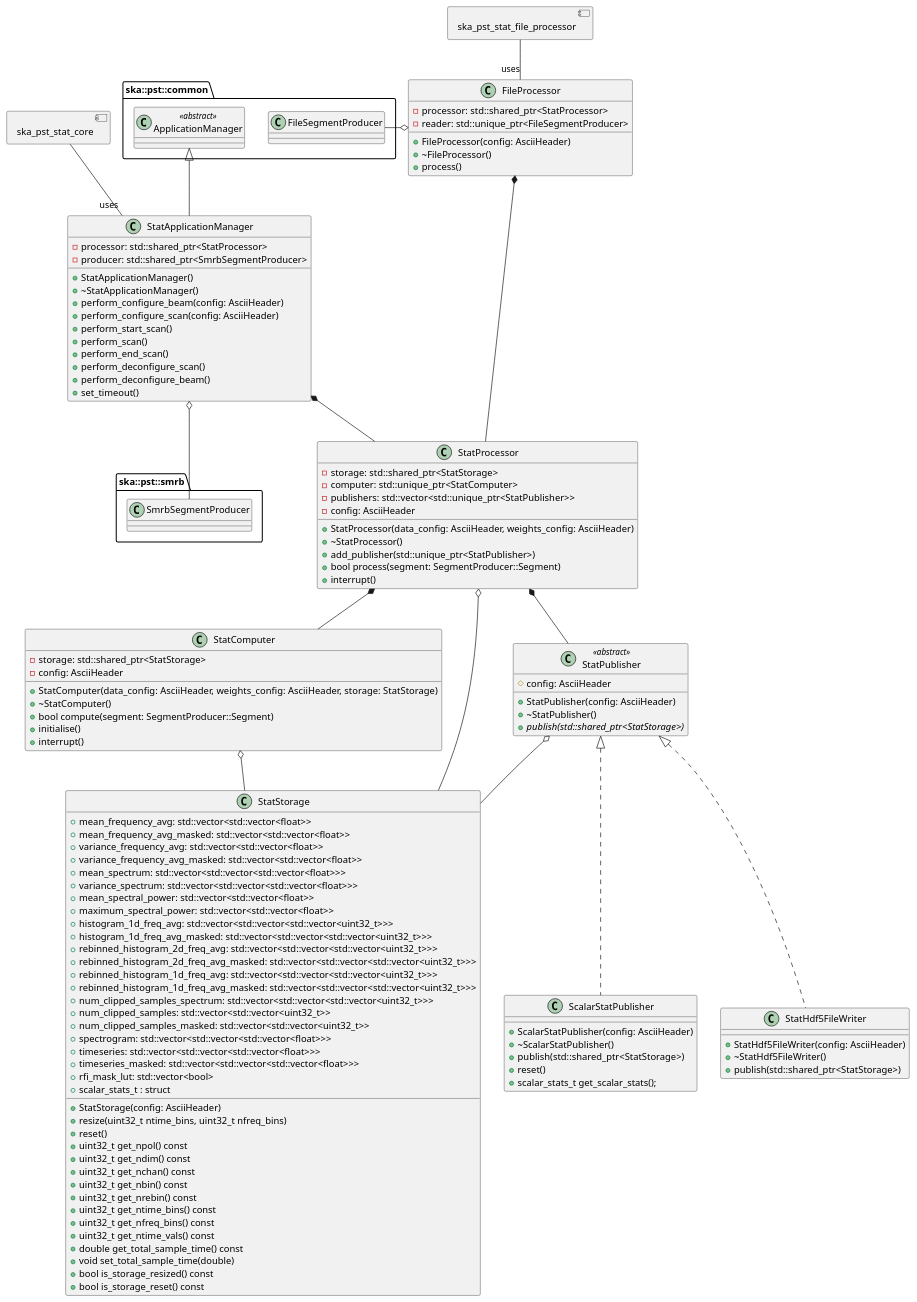
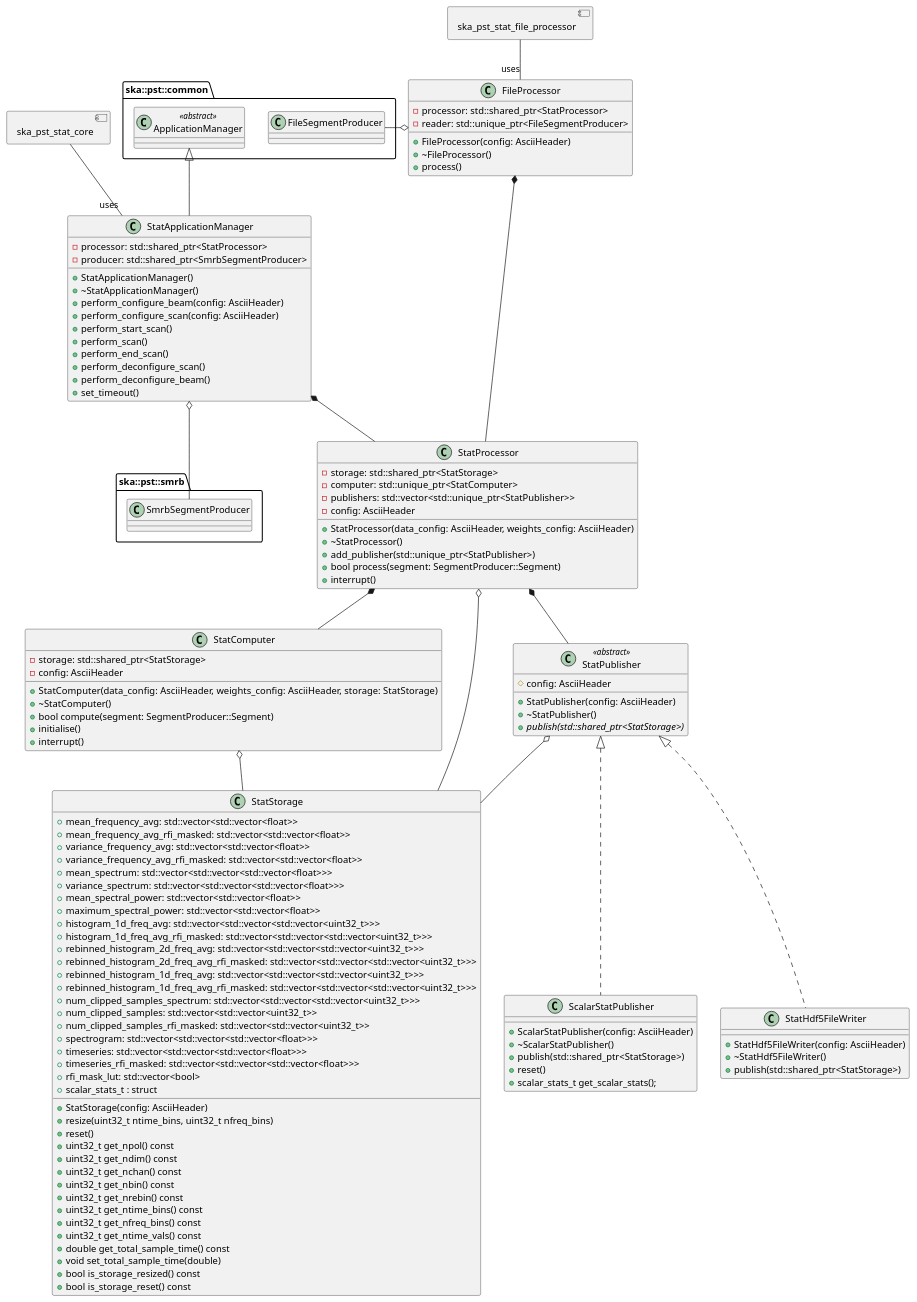
Before and after one commit to ska-telescope/ska-pst-stat: the diagram in docs/src/architecture/class_diagram.puml, drawn with PlantUML. The commit also changed 14 other files, not shown here.

Commit message:
AT3-556 rename masked to rfi_excised

```diff
--- a/docs/src/architecture/class_diagram.puml
+++ b/docs/src/architecture/class_diagram.puml
@@ -1,139 +1,139 @@
 @startuml PST Stat Class Diagram
 allow_mixing
 
 package ska::pst::common
 {
   class ApplicationManager <<abstract>>
   class FileSegmentProducer
 }
 
 package ska::pst::smrb
 {
   class SmrbSegmentProducer
 }
 
 class StatApplicationManager {
   + StatApplicationManager()
   + ~StatApplicationManager()
   + perform_configure_beam(config: AsciiHeader)
   + perform_configure_scan(config: AsciiHeader)
   + perform_start_scan()
   + perform_scan()
   + perform_end_scan()
   + perform_deconfigure_scan()
   + perform_deconfigure_beam()
   + set_timeout()
   - processor: std::shared_ptr<StatProcessor>
   - producer: std::shared_ptr<SmrbSegmentProducer>
 }
 
 class FileProcessor {
   + FileProcessor(config: AsciiHeader)
   + ~FileProcessor()
   + process()
   - processor: std::shared_ptr<StatProcessor>
   - reader: std::unique_ptr<FileSegmentProducer>
 }
 
 class StatProcessor {
   + StatProcessor(data_config: AsciiHeader, weights_config: AsciiHeader)
   + ~StatProcessor()
   + add_publisher(std::unique_ptr<StatPublisher>)
   + bool process(segment: SegmentProducer::Segment)
   + interrupt()
   - storage: std::shared_ptr<StatStorage>
   - computer: std::unique_ptr<StatComputer>
   - publishers: std::vector<std::unique_ptr<StatPublisher>>
   - config: AsciiHeader
 }
 
 class StatComputer {
   + StatComputer(data_config: AsciiHeader, weights_config: AsciiHeader, storage: StatStorage)
   + ~StatComputer()
   + bool compute(segment: SegmentProducer::Segment)
   + initialise()
   + interrupt()
   - storage: std::shared_ptr<StatStorage>
   - config: AsciiHeader
 }
 
 class StatStorage {
   + StatStorage(config: AsciiHeader)
   + resize(uint32_t ntime_bins, uint32_t nfreq_bins)
   + reset()
   + uint32_t get_npol() const
   + uint32_t get_ndim() const
   + uint32_t get_nchan() const
   + uint32_t get_nbin() const
   + uint32_t get_nrebin() const
   + uint32_t get_ntime_bins() const
   + uint32_t get_nfreq_bins() const
   + uint32_t get_ntime_vals() const
   + double get_total_sample_time() const
   + void set_total_sample_time(double)
   + bool is_storage_resized() const
   + bool is_storage_reset() const
   + mean_frequency_avg: std::vector<std::vector<float>>
-  + mean_frequency_avg_masked: std::vector<std::vector<float>>
+  + mean_frequency_avg_rfi_masked: std::vector<std::vector<float>>
   + variance_frequency_avg: std::vector<std::vector<float>>
-  + variance_frequency_avg_masked: std::vector<std::vector<float>>
+  + variance_frequency_avg_rfi_masked: std::vector<std::vector<float>>
   + mean_spectrum: std::vector<std::vector<std::vector<float>>>
   + variance_spectrum: std::vector<std::vector<std::vector<float>>>
   + mean_spectral_power: std::vector<std::vector<float>>
   + maximum_spectral_power: std::vector<std::vector<float>>
   + histogram_1d_freq_avg: std::vector<std::vector<std::vector<uint32_t>>>
-  + histogram_1d_freq_avg_masked: std::vector<std::vector<std::vector<uint32_t>>>
+  + histogram_1d_freq_avg_rfi_masked: std::vector<std::vector<std::vector<uint32_t>>>
   + rebinned_histogram_2d_freq_avg: std::vector<std::vector<std::vector<uint32_t>>>
-  + rebinned_histogram_2d_freq_avg_masked: std::vector<std::vector<std::vector<uint32_t>>>
+  + rebinned_histogram_2d_freq_avg_rfi_masked: std::vector<std::vector<std::vector<uint32_t>>>
   + rebinned_histogram_1d_freq_avg: std::vector<std::vector<std::vector<uint32_t>>>
-  + rebinned_histogram_1d_freq_avg_masked: std::vector<std::vector<std::vector<uint32_t>>>
+  + rebinned_histogram_1d_freq_avg_rfi_masked: std::vector<std::vector<std::vector<uint32_t>>>
   + num_clipped_samples_spectrum: std::vector<std::vector<std::vector<uint32_t>>>
   + num_clipped_samples: std::vector<std::vector<uint32_t>>
-  + num_clipped_samples_masked: std::vector<std::vector<uint32_t>>
+  + num_clipped_samples_rfi_masked: std::vector<std::vector<uint32_t>>
   + spectrogram: std::vector<std::vector<std::vector<float>>>
   + timeseries: std::vector<std::vector<std::vector<float>>>
-  + timeseries_masked: std::vector<std::vector<std::vector<float>>>
+  + timeseries_rfi_masked: std::vector<std::vector<std::vector<float>>>
   + rfi_mask_lut: std::vector<bool>
   + scalar_stats_t : struct
 }
 
 class StatPublisher <<abstract>> {
   # config: AsciiHeader
   + StatPublisher(config: AsciiHeader)
   + ~StatPublisher()
   {abstract} + publish(std::shared_ptr<StatStorage>)
 }
 
 class ScalarStatPublisher implements StatPublisher {
   + ScalarStatPublisher(config: AsciiHeader)
   + ~ScalarStatPublisher()
   + publish(std::shared_ptr<StatStorage>)
   + reset()
   + scalar_stats_t get_scalar_stats();
 }
 
 class StatHdf5FileWriter implements StatPublisher {
   + StatHdf5FileWriter(config: AsciiHeader)
   + ~StatHdf5FileWriter()
   + publish(std::shared_ptr<StatStorage>)
 }
 
 StatProcessor *-- StatComputer
 StatProcessor *-- StatPublisher
 StatProcessor o-- StatStorage
 StatComputer o-- StatStorage
 StatPublisher o-- StatStorage
 
 ApplicationManager <|-- StatApplicationManager
 StatApplicationManager o-- SmrbSegmentProducer
 StatApplicationManager *-- StatProcessor
 
 FileProcessor *-- StatProcessor
 FileProcessor o- FileSegmentProducer
 
 component ska_pst_stat_core
 ska_pst_stat_core -- "uses" StatApplicationManager
 component ska_pst_stat_file_processor
 ska_pst_stat_file_processor -- "uses" FileProcessor
 
 @enduml
```
